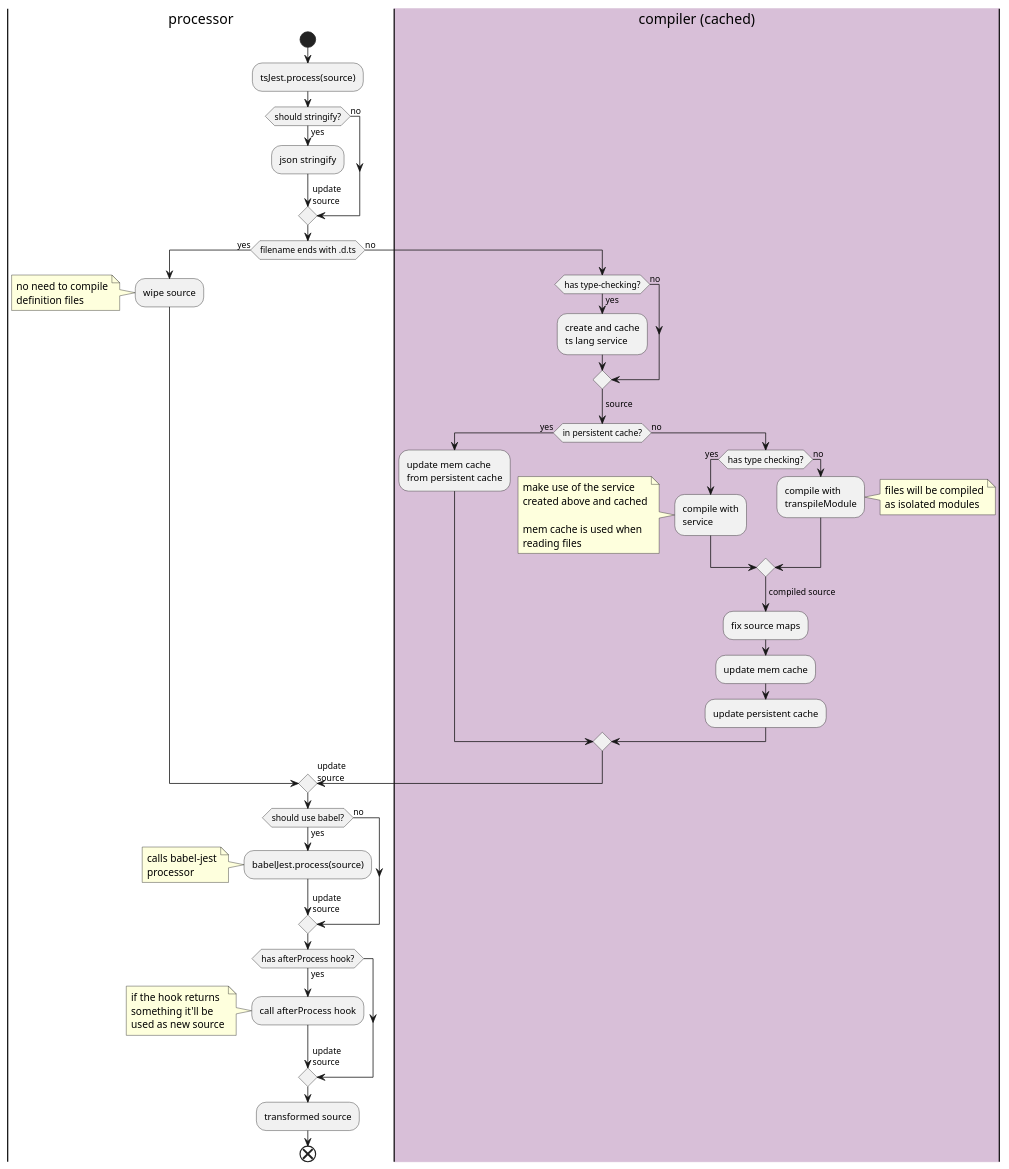
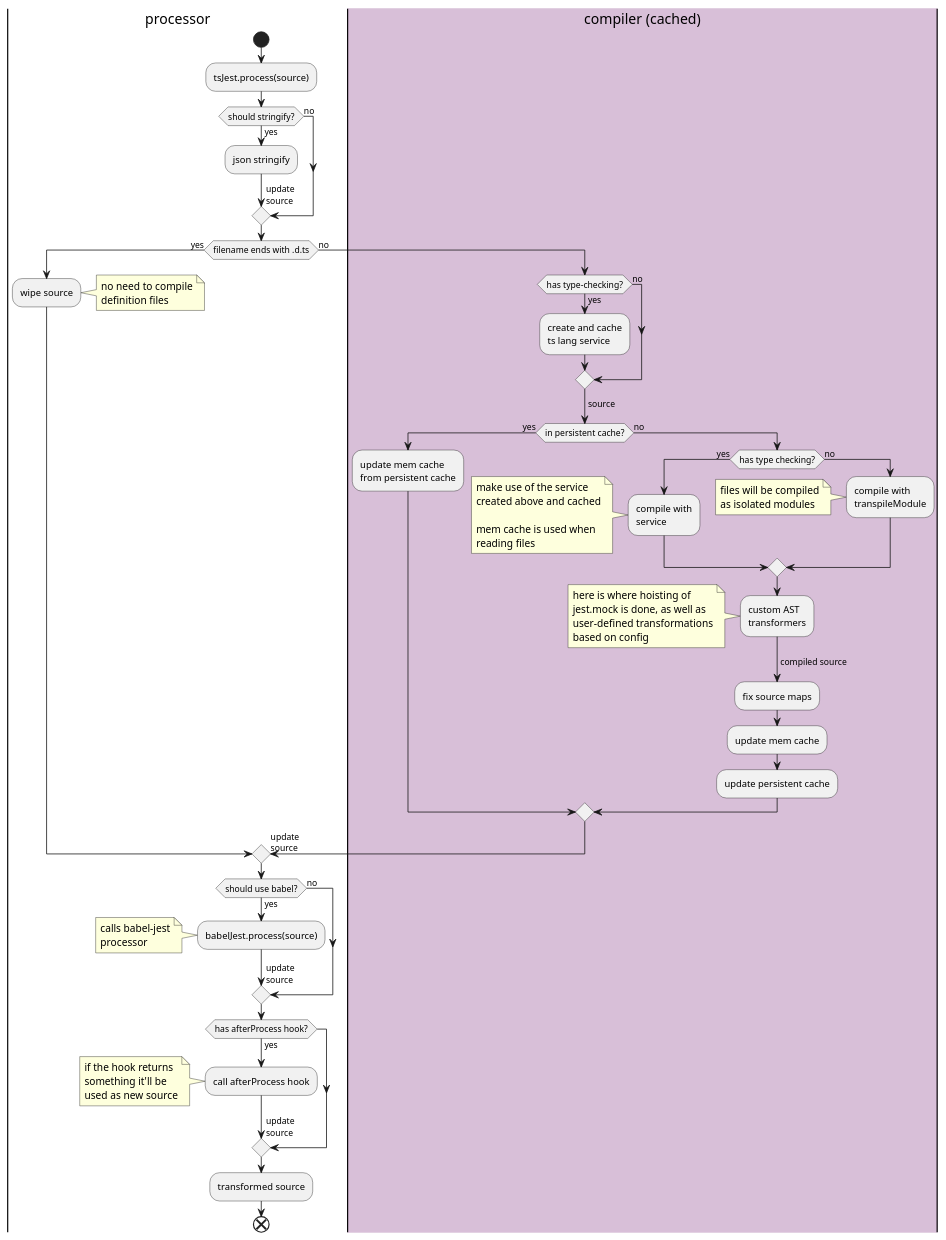
One commit to AlexGuz23/ts-jest changed the second of 2 diagrams in docs/tech/process/index.md. Above: the diagram before and after it, drawn with PlantUML. The commit also changed other lines of this file and 6 other files, not shown here.

```diff
--- a/docs/tech/process/index.md
+++ b/docs/tech/process/index.md
@@ -53,7 +52,7 @@
 
 if (filename ends with .d.ts) then (yes)
   :wipe source;
-  note left
+  note right
     no need to compile
     definition files
   end note
@@ -88,12 +87,21 @@
     else (no)
       :compile with
       transpileModule;
-      note right
+      note left
         files will be compiled
         as isolated modules
       end note
 
     endif
+
+    :custom AST
+    transformers;
+    note left
+      here is where hoisting of
+      jest.mock is done, as well as
+      user-defined transformations
+      based on config
+    end note
 
     -> compiled source;
 
```
